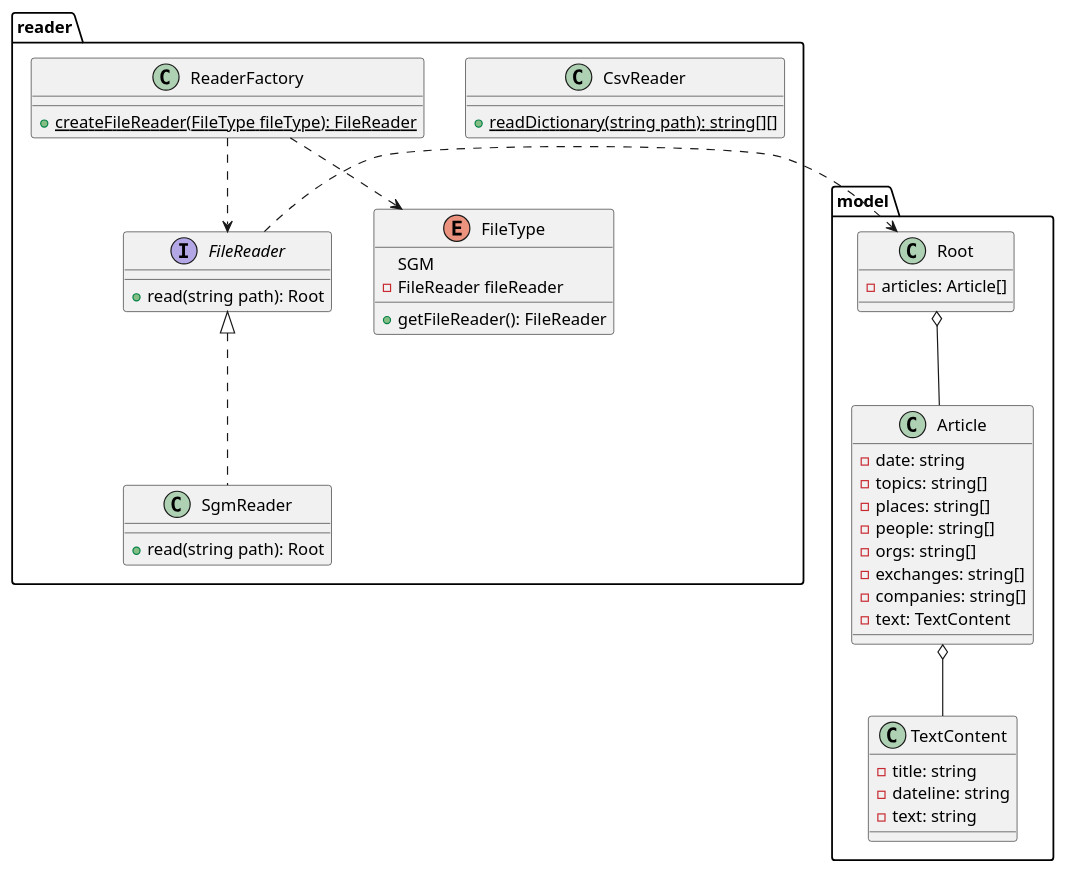
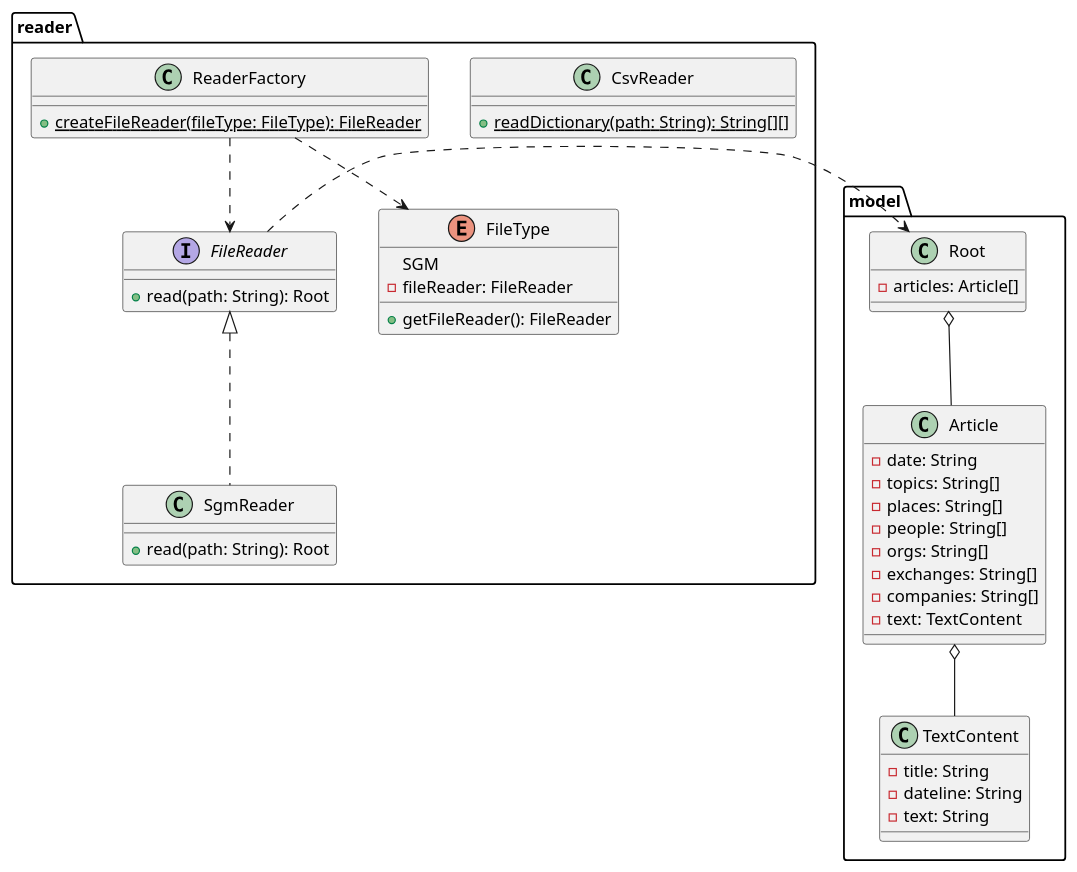
Before and after one commit to kambed/Computer-Recognition-Systems: the third of 10 diagrams in README.md, drawn with PlantUML. The commit also changed other lines of this file, not shown here.

Commit message:
UML fixes

````diff
--- a/README.md
+++ b/README.md
@@ -91,46 +91,46 @@
 ```plantuml
 package reader {
     interface FileReader {
-        + read(string path): Root
+        + read(path: String): Root
     }
     class SgmReader implements FileReader {
-        + read(string path): Root
+        + read(path: String): Root
     }
     class CsvReader {
-        + {static} readDictionary(string path): string[][]
+        + {static} readDictionary(path: String): String[][]
     }
     class ReaderFactory {
-        + {static} createFileReader(FileType fileType): FileReader
+        + {static} createFileReader(fileType: FileType): FileReader
     }
     ReaderFactory ..> FileReader
     ReaderFactory ..> FileType
     enum FileType {
         SGM
-        - FileReader fileReader
+        - fileReader: FileReader
         + getFileReader(): FileReader
     }
 }
 package model {
     class Root {
         - articles: Article[]
     }
     class Article {
-        - date: string
-        - topics: string[]
-        - places: string[]
-        - people: string[]
-        - orgs: string[]
-        - exchanges: string[]
-        - companies: string[]
+        - date: String
+        - topics: String[]
+        - places: String[]
+        - people: String[]
+        - orgs: String[]
+        - exchanges: String[]
+        - companies: String[]
         - text: TextContent
     }
     class TextContent {
-        - title: string
-        - dateline: string
-        - text: string
+        - title: String
+        - dateline: String
+        - text: String
     }
     Root o-- Article
     Article o-- TextContent
 }
 FileReader .> Root
 ```
````
